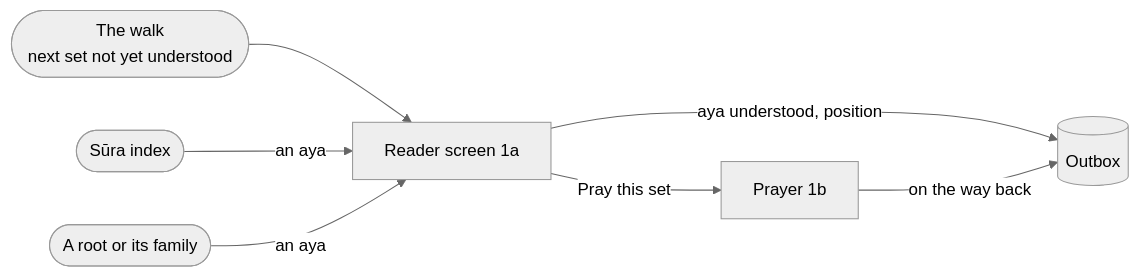
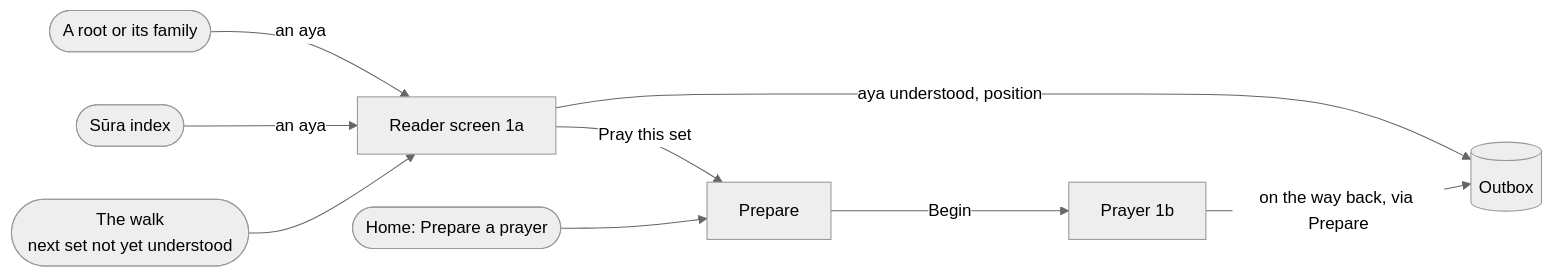
Before and after one commit to MohammadBnei/wird: the second of 6 diagrams in docs/architecture/app/sets-and-reader.md, drawn with Mermaid (neutral theme). The commit also changed other lines of this file and 15 other files, not shown here.

````diff
--- a/docs/architecture/app/sets-and-reader.md
+++ b/docs/architecture/app/sets-and-reader.md
@@ -36,9 +36,11 @@
 ```mermaid
 flowchart LR
   walk(["The walk<br/>next set not yet understood"]) --> reader["Reader screen 1a"]
   index(["Sūra index"]) -->|"an aya"| reader
   root(["A root or its family"]) -->|"an aya"| reader
-  reader -->|"Pray this set"| prayer["Prayer 1b"]
+  home(["Home: Prepare a prayer"]) --> prepare["Prepare"]
+  reader -->|"Pray this set"| prepare
+  prepare -->|"Begin"| prayer["Prayer 1b"]
   reader -->|"aya understood, position"| outbox[("Outbox")]
-  prayer -->|"on the way back"| outbox
+  prayer -->|"on the way back, via Prepare"| outbox
 ```
````
